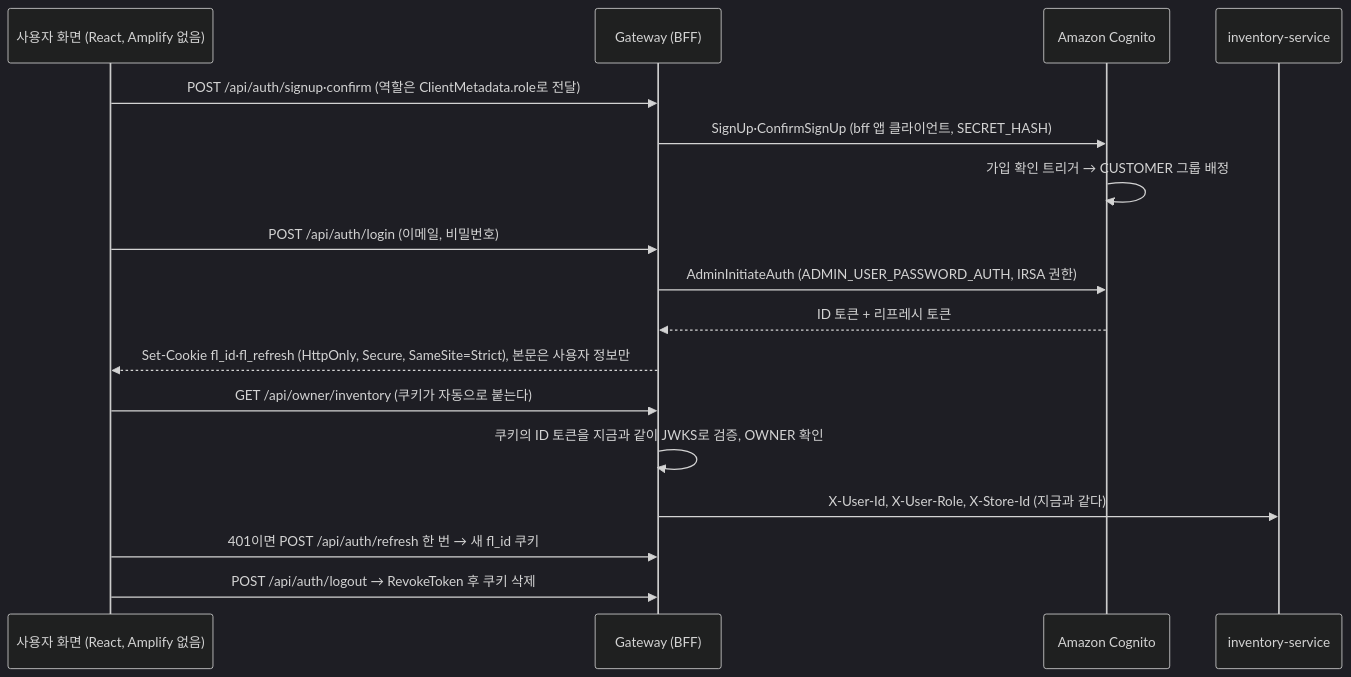
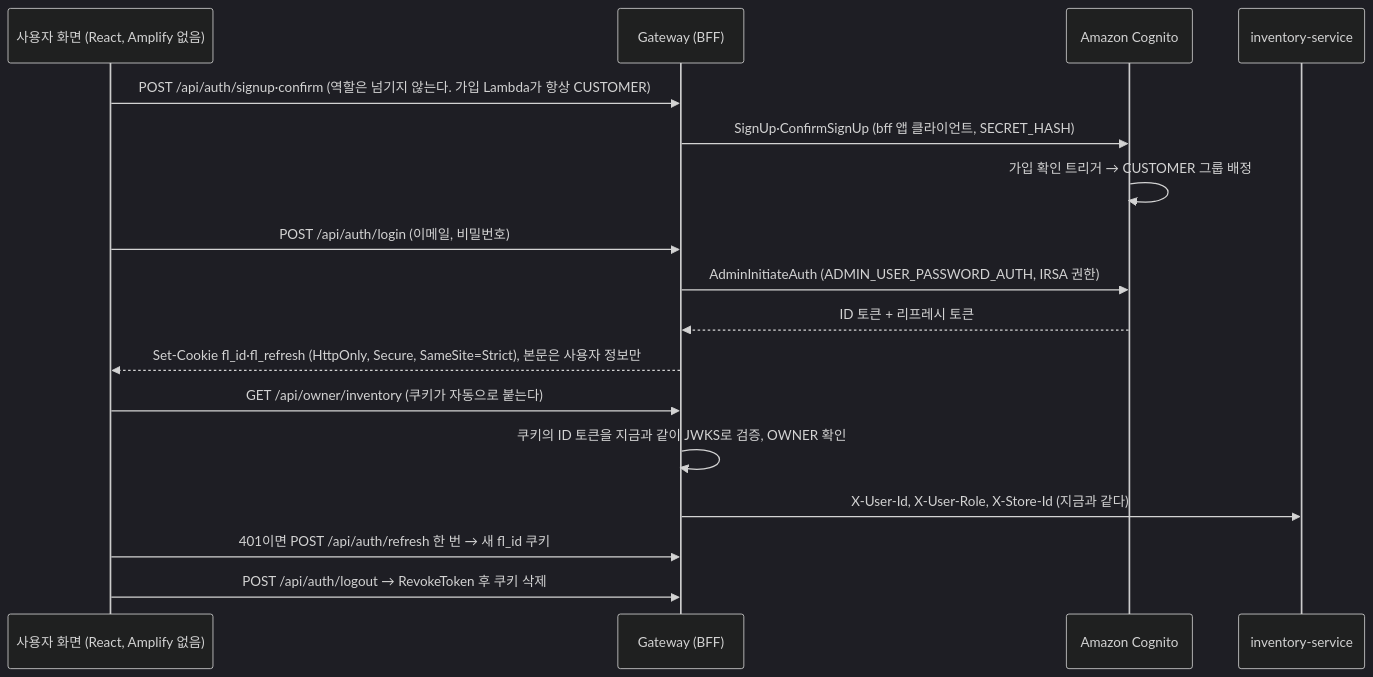
One commit to sesac-freshlink/.github changed the fifth of 5 diagrams in docs/기획안-및-설계도.md. Above: the diagram before and after it, drawn with Mermaid (dark theme). The commit also changed 2 other files, not shown here.

Commit message:
docs: BFF 인수인계 문서 (경우님에게) (#61)
* docs: BFF 인수인계 문서 (경우님에게, gateway·프론트 로직)

인프라가 준비한 값(환경 변수, bff 클라이언트, IRSA), gateway /api/auth/* 목록, SECRET_HASH 규칙
(갱신은 cognito:username), 쿠키·CSRF 규칙, 구글 로그인 BFF 흐름(state 쿠키는 Lax), dev 확인 명령, 전환하는 날 순서.

Claude-Session: https://claude.ai/code/session_01BALwRDoUpeD6sTJvrGMAJ1

* docs: 가입 Lambda는 역할 값을 보지 않고 항상 CUSTOMER (기획안 시퀀스, 멘토링 할 일 정정)

Claude-Session: https://claude.ai/code/session_01BALwRDoUpeD6sTJvrGMAJ1

---------

````diff
--- a/docs/기획안-및-설계도.md
+++ b/docs/기획안-및-설계도.md
@@ -308,20 +308,20 @@
 ```mermaid
 sequenceDiagram
     participant U as 사용자 화면 (React, Amplify 없음)
     participant GW as Gateway (BFF)
     participant COG as Amazon Cognito
     participant INV as inventory-service
 
-    U->>GW: POST /api/auth/signup·confirm (역할은 ClientMetadata.role로 전달)
+    U->>GW: POST /api/auth/signup·confirm (역할은 넘기지 않는다. 가입 Lambda가 항상 CUSTOMER)
     GW->>COG: SignUp·ConfirmSignUp (bff 앱 클라이언트, SECRET_HASH)
     COG->>COG: 가입 확인 트리거 → CUSTOMER 그룹 배정
     U->>GW: POST /api/auth/login (이메일, 비밀번호)
     GW->>COG: AdminInitiateAuth (ADMIN_USER_PASSWORD_AUTH, IRSA 권한)
     COG-->>GW: ID 토큰 + 리프레시 토큰
     GW-->>U: Set-Cookie fl_id·fl_refresh (HttpOnly, Secure, SameSite=Strict), 본문은 사용자 정보만
     U->>GW: GET /api/owner/inventory (쿠키가 자동으로 붙는다)
     GW->>GW: 쿠키의 ID 토큰을 지금과 같이 JWKS로 검증, OWNER 확인
     GW->>INV: X-User-Id, X-User-Role, X-Store-Id (지금과 같다)
     U->>GW: 401이면 POST /api/auth/refresh 한 번 → 새 fl_id 쿠키
     U->>GW: POST /api/auth/logout → RevokeToken 후 쿠키 삭제
 ```
````
